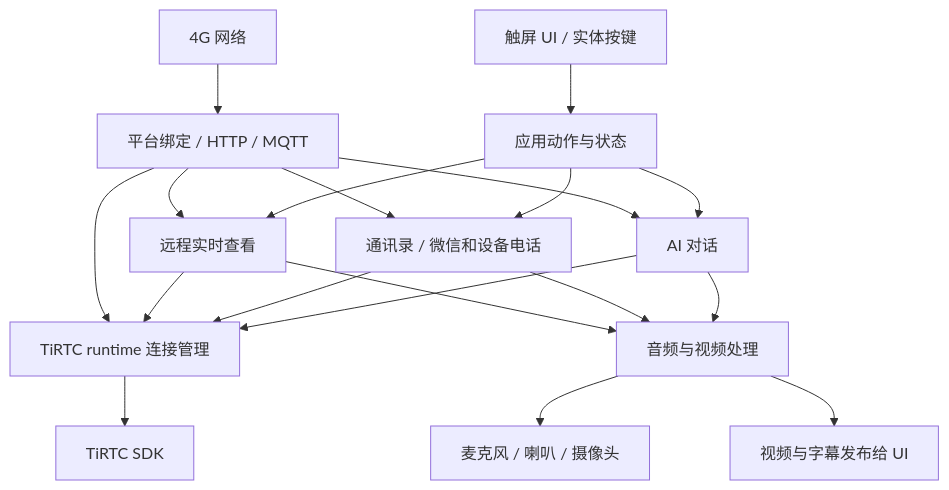
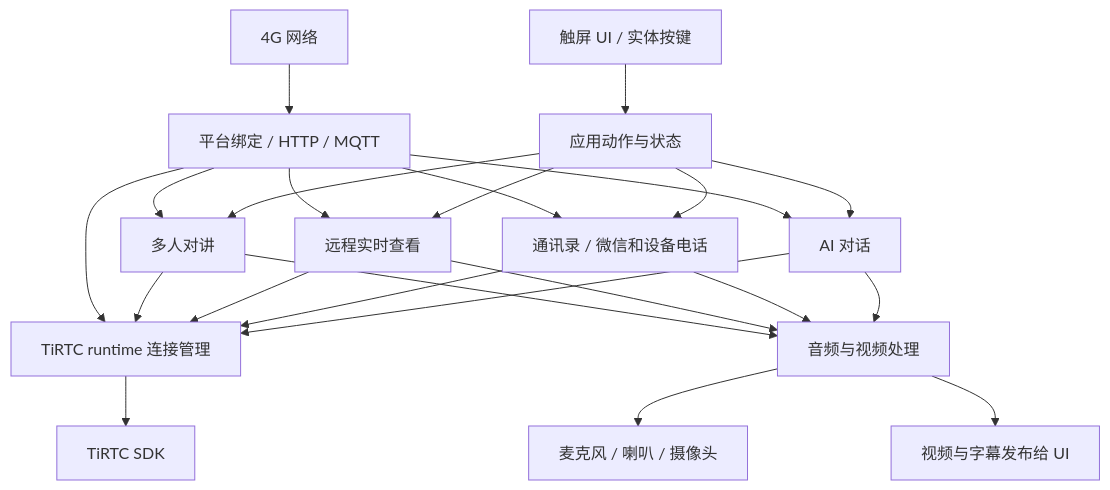
One commit to tangeai/xiaotai-lierda changed the first of 2 diagrams in examples/L_CT4IT00_YP00W_01_V04/tirtc_pro/docs/代码与流程详解.md. Above: the diagram before and after it, drawn with Mermaid. The commit also changed other lines of this file and 69 other files, not shown here.

````diff
--- a/examples/L_CT4IT00_YP00W_01_V04/tirtc_pro/docs/代码与流程详解.md
+++ b/examples/L_CT4IT00_YP00W_01_V04/tirtc_pro/docs/代码与流程详解.md
@@ -13,21 +13,25 @@
 ```mermaid
 flowchart TD
     UI[触屏 UI / 实体按键] --> APP[应用动作与状态]
     APP --> AI[AI 对话]
     APP --> CALL[通讯录 / 微信和设备电话]
     APP --> LIVE[远程实时查看]
+    APP --> GROUP[多人对讲]
     AI --> RTC[TiRTC runtime 连接管理]
     CALL --> RTC
     LIVE --> RTC
+    GROUP --> RTC
     NET[4G 网络] --> PLATFORM[平台绑定 / HTTP / MQTT]
     PLATFORM --> AI
     PLATFORM --> CALL
     PLATFORM --> LIVE
+    PLATFORM --> GROUP
     PLATFORM --> RTC
     RTC --> SDK[TiRTC SDK]
     AI --> MEDIA[音频与视频处理]
     CALL --> MEDIA
     LIVE --> MEDIA
+    GROUP --> MEDIA
     MEDIA --> BOARD[麦克风 / 喇叭 / 摄像头]
     MEDIA --> DISPLAY[视频与字幕发布给 UI]
 ```
````
